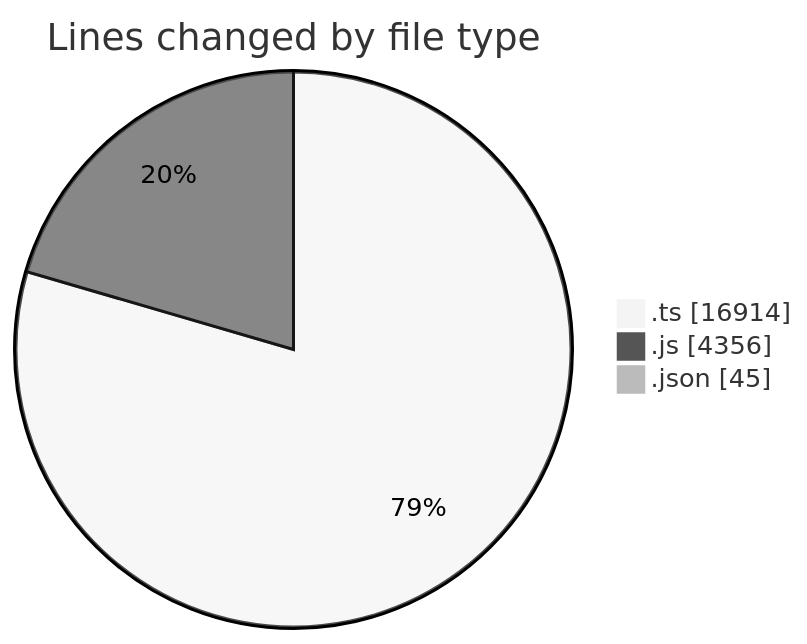
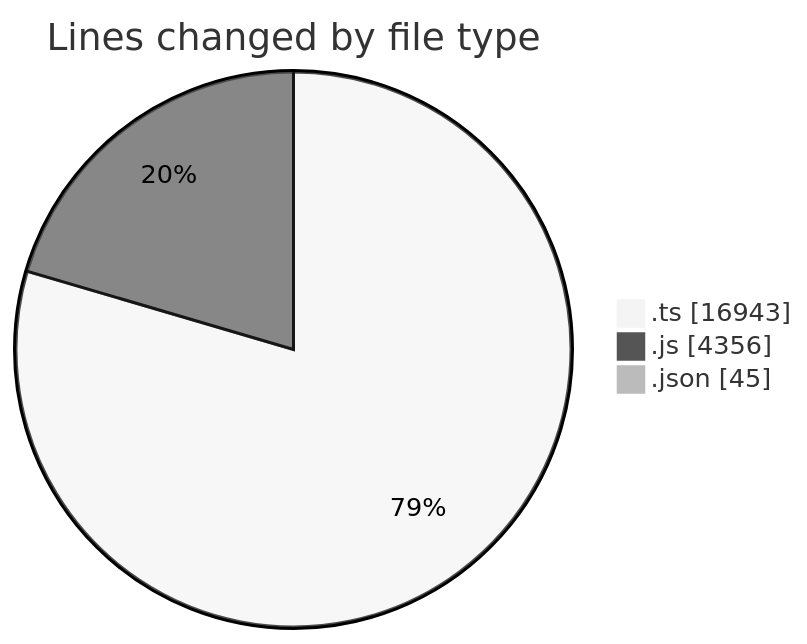
Before and after one commit to momahboobian/code-tracking: the first of 2 diagrams in 2025-07-29/cda/README.md, drawn with Mermaid (neutral theme). The commit also changed other lines of this file and 1 other file, not shown here.

````diff
--- a/2025-07-29/cda/README.md
+++ b/2025-07-29/cda/README.md
@@ -30,7 +30,7 @@
 ```mermaid
 pie showData
 title Lines changed by file type
-".ts" : 16914
+".ts" : 16943
 ".js" : 4356
 ".json" : 45
 ```
````
